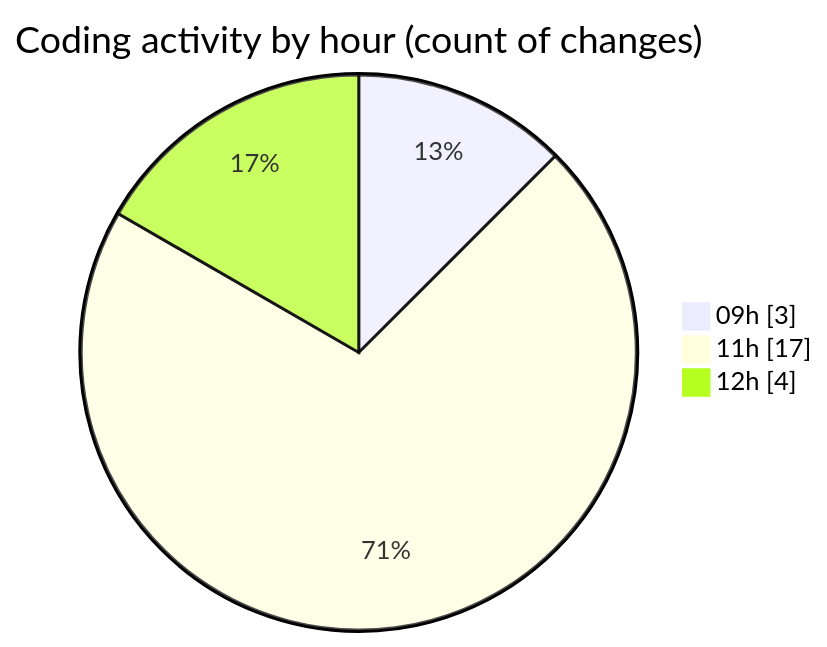
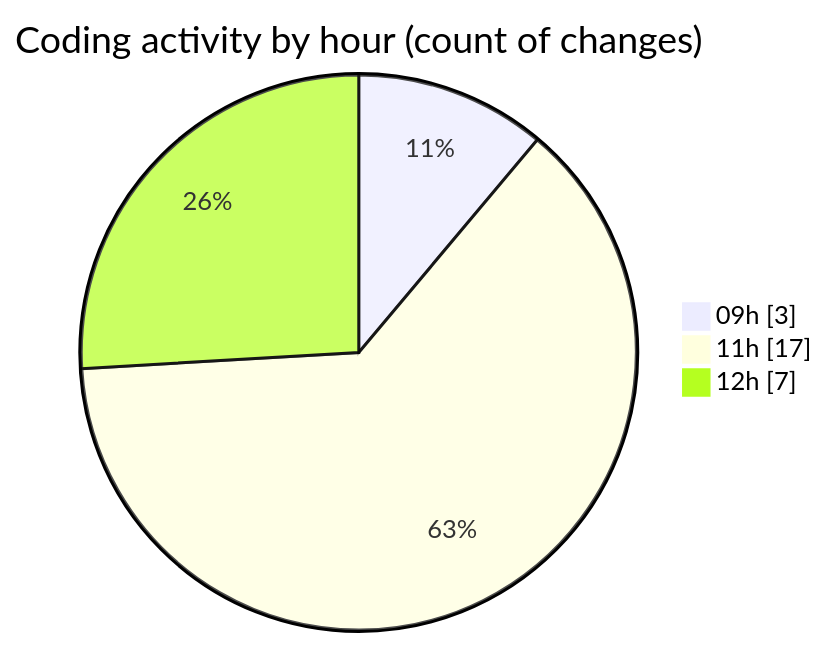
One commit to julien-gomy/code-tracking changed the second of 2 diagrams in 2025-10-15/eventscop-api-guide__workspace_/README.md. Above: the diagram before and after it, drawn with Mermaid. The commit also changed other lines of this file and 1 other file, not shown here.

````diff
--- a/2025-10-15/eventscop-api-guide__workspace_/README.md
+++ b/2025-10-15/eventscop-api-guide__workspace_/README.md
@@ -32,7 +32,7 @@
 ```mermaid
 pie showData
 title Coding activity by hour (count of changes)
 "09h" : 3
 "11h" : 17
-"12h" : 4
+"12h" : 7
 ```
````
